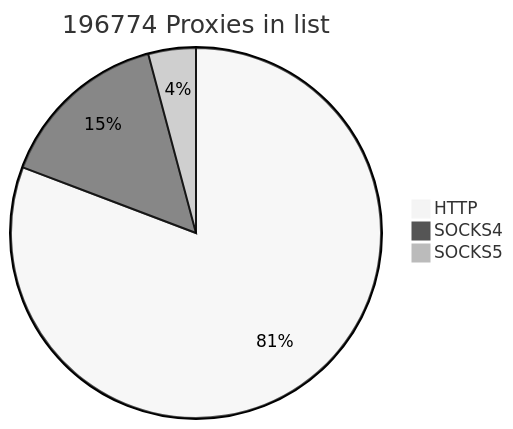
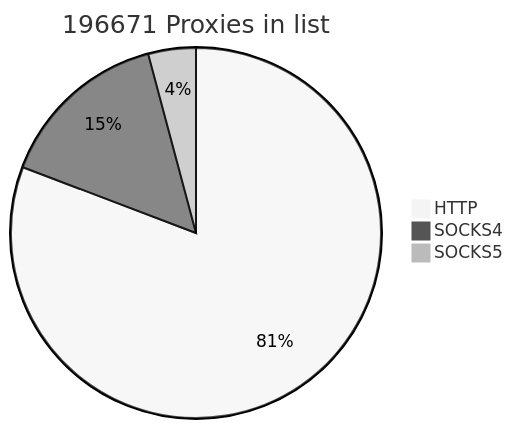
Before and after one commit to cutipu/proxylist: the first of 2 diagrams in README.md, drawn with Mermaid (neutral theme). The commit also changed other lines of this file, not shown here.

````diff
--- a/README.md
+++ b/README.md
@@ -2,7 +2,7 @@
 ```mermaid
-pie title 196774 Proxies in list
-    "HTTP" : 158929
-    "SOCKS4" : 29676
-    "SOCKS5" : 8169
+pie title 196671 Proxies in list
+    "HTTP" : 158868
+    "SOCKS4" : 29632
+    "SOCKS5" : 8171
             
 ```
````
